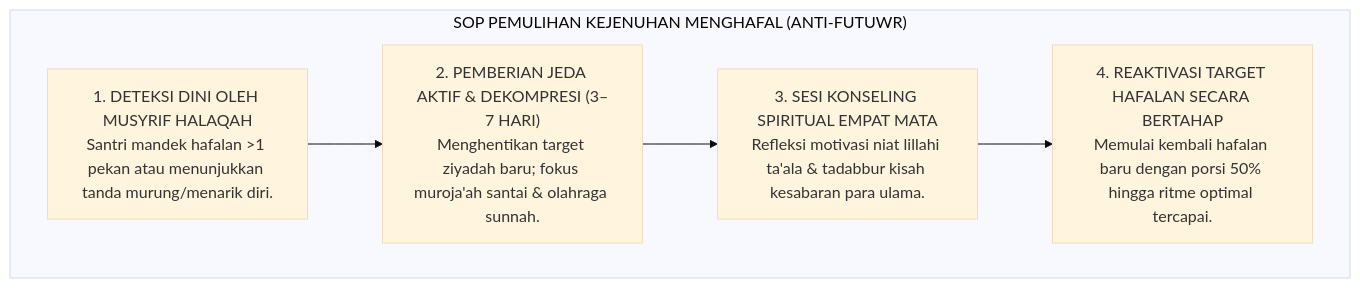
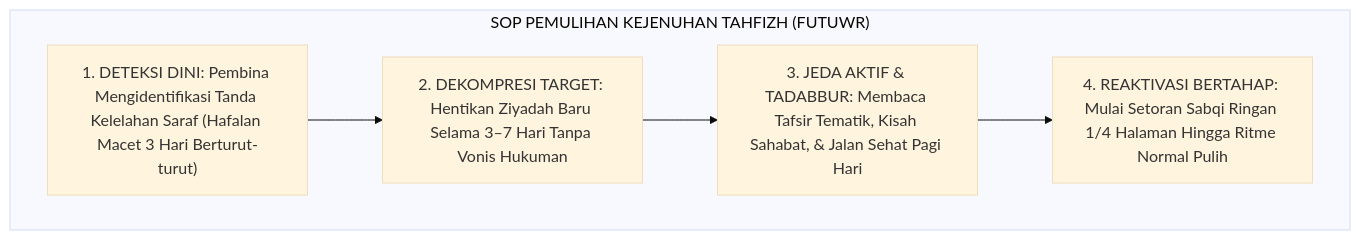
The third of 3 diagrams in 02 Principles/04 Development Principles/P2-04-06-Prinsip-Resiliensi-dan-Grit-Santri-Tahfizh.md (wandiapriliyandi/tumbuh), drawn with Mermaid (base theme) before and after one commit. The commit also changed other lines of this file and 7 other files, not shown here.

````diff
--- a/02 Principles/04 Development Principles/P2-04-06-Prinsip-Resiliensi-dan-Grit-Santri-Tahfizh.md
+++ b/02 Principles/04 Development Principles/P2-04-06-Prinsip-Resiliensi-dan-Grit-Santri-Tahfizh.md
@@ -191,14 +148,9 @@
 ```mermaid
 flowchart TD
-    subgraph SOPFutuwrRecoveryTahfizh["SOP PEMULIHAN KEJENUHAN MENGHAFAL (ANTI-FUTUWR)"]
-        DeteksiJenuh["1. DETEKSI DINI OLEH MUSYRIF HALAQAH<br/>Santri mandek hafalan >1 pekan atau menunjukkan tanda murung/menarik diri."]
-        
-        JedaAktif["2. PEMBERIAN JEDA AKTIF & DEKOMPRESI (3–7 HARI)<br/>Menghentikan target ziyadah baru; fokus muroja'ah santai & olahraga sunnah."]
-        
-        SesiMuhasabah["3. SESI KONSELING SPIRITUAL EMPAT MATA<br/>Refleksi motivasi niat lillahi ta'ala & tadabbur kisah kesabaran para ulama."]
-        
-        ReaktivasiBertahap["4. REAKTIVASI TARGET HAFALAN SECARA BERTAHAP<br/>Memulai kembali hafalan baru dengan porsi 50% hingga ritme optimal tercapai."]
-        
-        DeteksiJenuh --> JedaAktif --> SesiMuhasabah --> ReaktivasiBertahap
+    subgraph SOPPemulihanFutuwr["SOP PEMULIHAN KEJENUHAN TAHFIZH (FUTUWR)"]
+        DeteksiFutuwr["1. DETEKSI DINI: Pembina Mengidentifikasi Tanda Kelelahan Saraf (Hafalan Macet 3 Hari Berturut-turut)"]
+        --> DekompresiTarget["2. DEKOMPRESI TARGET: Hentikan Ziyadah Baru Selama 3–7 Hari Tanpa Vonis Hukuman"]
+        --> JedaAktifTadabbur["3. JEDA AKTIF & TADABBUR: Membaca Tafsir Tematik, Kisah Sahabat, & Jalan Sehat Pagi Hari"]
+        --> ReaktivasiPikokognitif["4. REAKTIVASI BERTAHAP: Mulai Setoran Sabqi Ringan 1/4 Halaman Hingga Ritme Normal Pulih"]
     end
 ```
````
